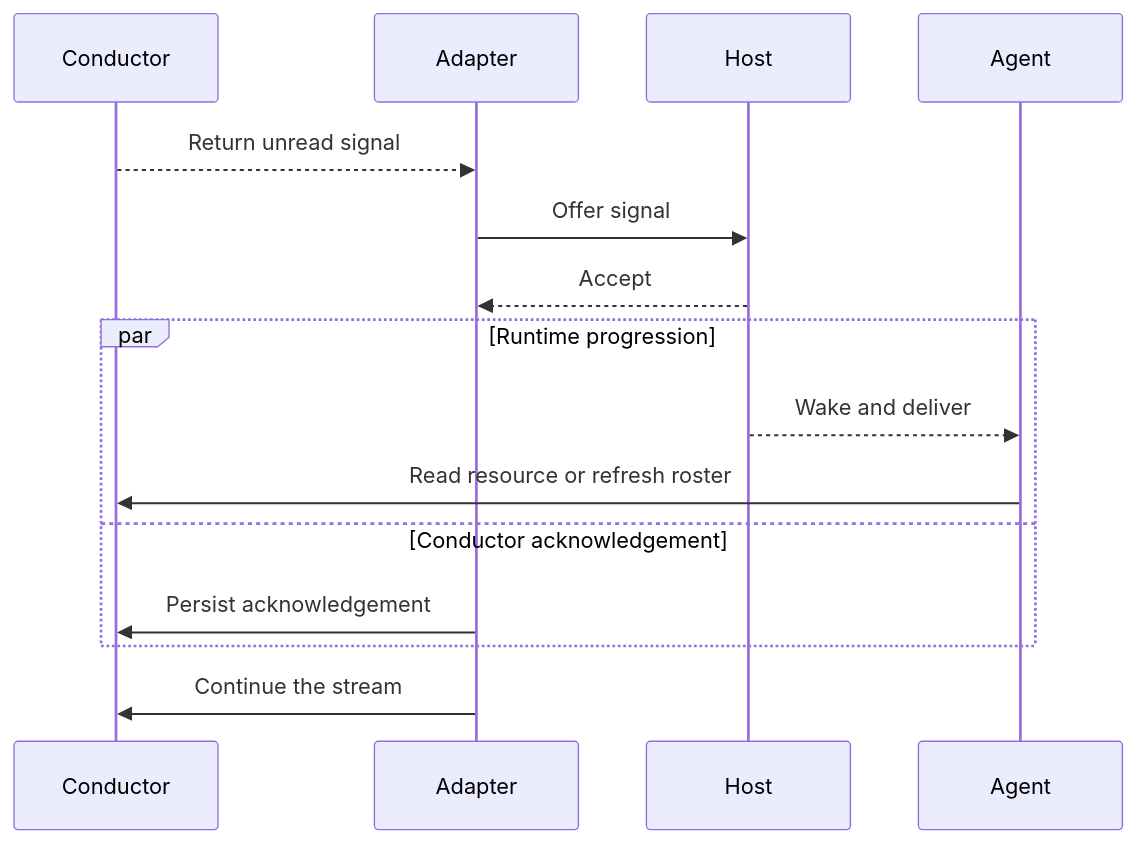
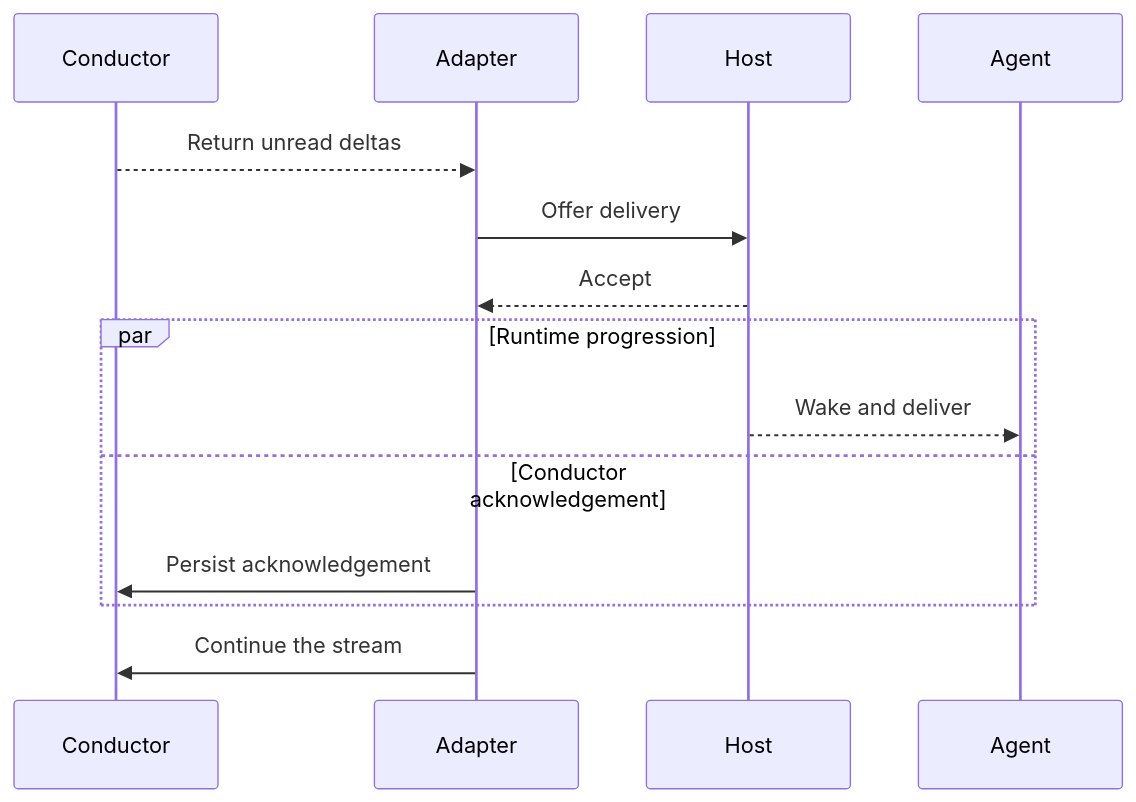
One commit to danlavee/Conductor changed the diagram in docs/design/runtime-boundaries.md. Above: the diagram before and after it, drawn with Mermaid. The commit also changed other lines of this file and 43 other files, not shown here.

````diff
--- a/docs/design/runtime-boundaries.md
+++ b/docs/design/runtime-boundaries.md
@@ -23,17 +23,16 @@
 ```mermaid
 sequenceDiagram
     participant C as Conductor
     participant W as Adapter
     participant R as Host
     participant A as Agent
-    C-->>W: Return unread signal
-    W->>R: Offer signal
+    C-->>W: Return unread deltas
+    W->>R: Offer delivery
     R-->>W: Accept
     par Runtime progression
         R-->>A: Wake and deliver
-        A->>C: Read resource or refresh roster
     and Conductor acknowledgement
         W->>C: Persist acknowledgement
     end
     W->>C: Continue the stream
 ```
````
